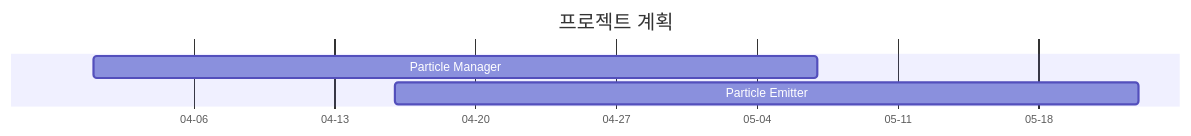
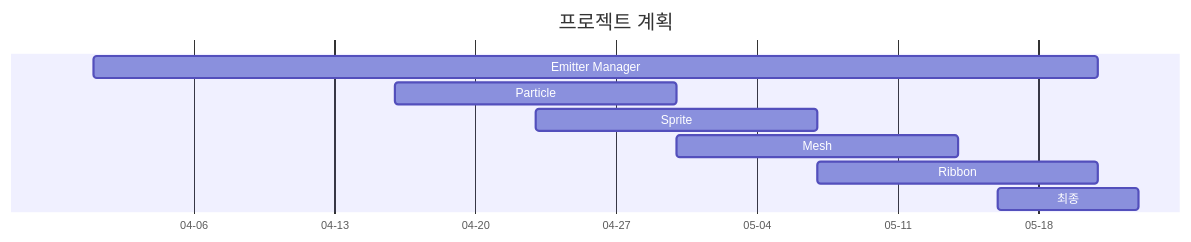
Before and after one commit to jooyounghan/ProjectA: the second of 2 diagrams in README.md, drawn with Mermaid. The commit also changed other lines of this file and 30 other files, not shown here.

````diff
--- a/README.md
+++ b/README.md
@@ -33,9 +33,13 @@
 ```mermaid
 gantt
 	dateFormat YYYY-MM-DD
 	title 프로젝트 계획
 	dateFormat MM-DD
 	axisFormat %m-%d
-    Particle Manager :a, 04-01, 05-07
-    Particle Emitter :b, 04-16, 05-23
+    Emitter Manager :a, 04-01, 05-21
+    Particle  :b, 04-16, 04-30
+    Sprite :c, 04-23, 05-07
+    Mesh :d, 04-30, 05-14
+    Ribbon :e, 05-07, 05-21
+    최종 :f, 05-16, 05-23
 ```
````
